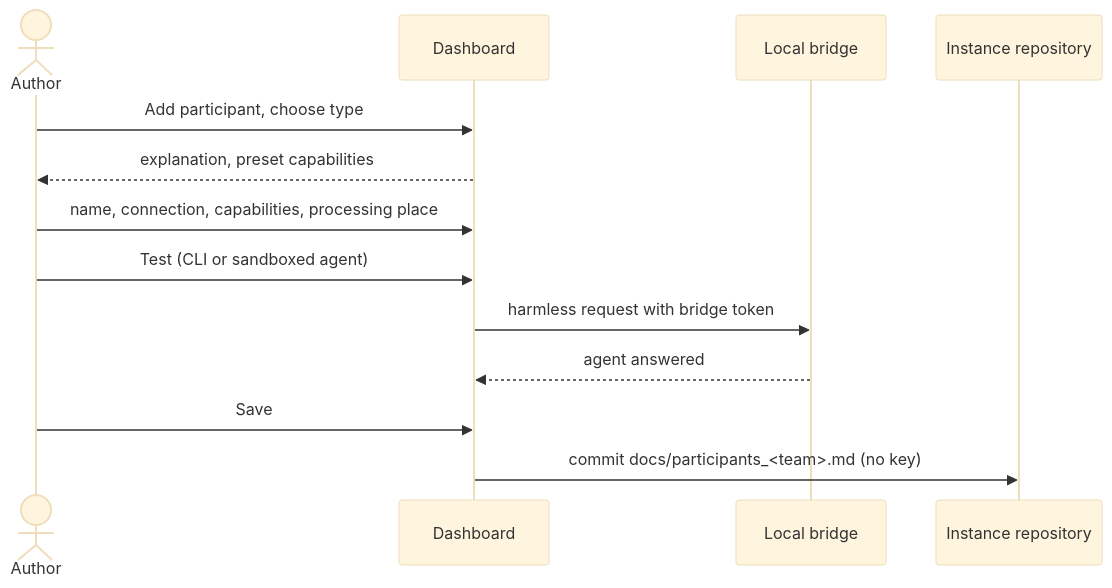
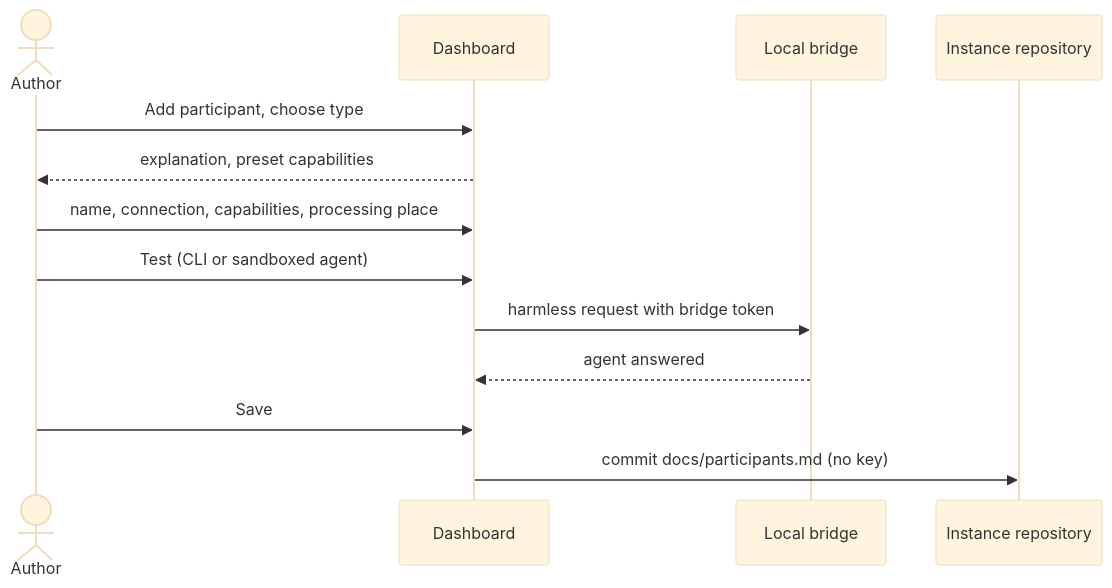
One commit to akmaier/agent-m changed the diagram in docs/use-cases/UC-017-configure-participants.md. Above: the diagram before and after it, drawn with Mermaid (base theme). The commit also changed other lines of this file and 5 other files, not shown here.

First line of the commit message:
docs: queue 2026-10-10 — one list of participants with the instance, one declaration per team with the product

````diff
--- a/docs/use-cases/UC-017-configure-participants.md
+++ b/docs/use-cases/UC-017-configure-participants.md
@@ -90,15 +89,15 @@
 ```mermaid
 sequenceDiagram
     actor A as Author
     participant D as Dashboard
     participant B as Local bridge
     participant I as Instance repository
     A->>D: Add participant, choose type
     D-->>A: explanation, preset capabilities
     A->>D: name, connection, capabilities, processing place
     A->>D: Test (CLI or sandboxed agent)
     D->>B: harmless request with bridge token
     B-->>D: agent answered
     A->>D: Save
-    D->>I: commit docs/participants_<team>.md (no key)
+    D->>I: commit docs/participants.md (no key)
 ```
````
